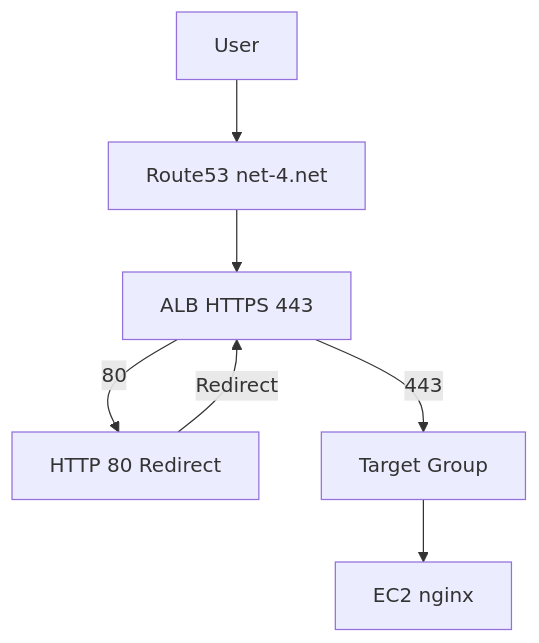
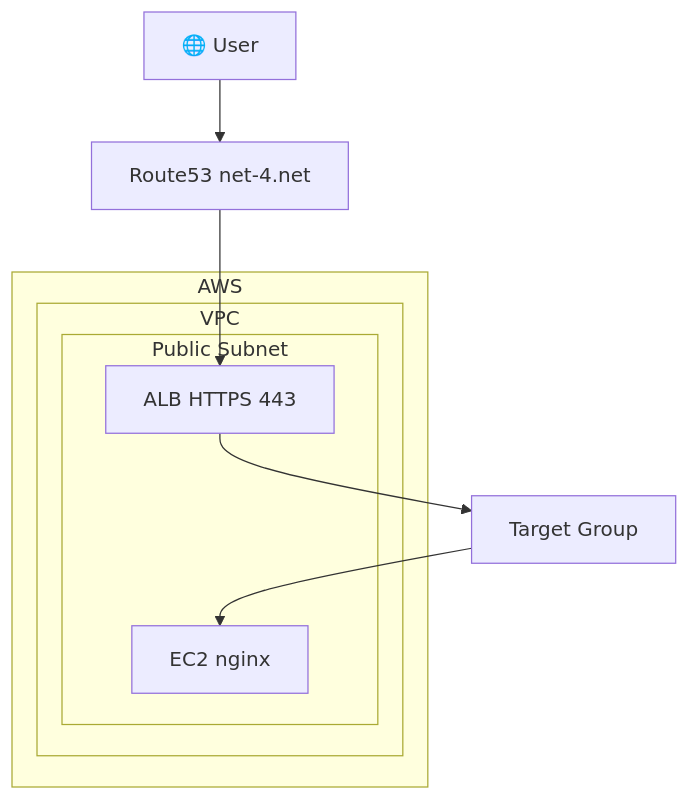
The diagram in README.md (tclinux/terraform-aws-nginx-alb), drawn with Mermaid before and after one commit.

Commit message:
modify the architecture scheme

````diff
--- a/README.md
+++ b/README.md
@@ -65,16 +65,22 @@
 ```mermaid
 flowchart TD
-    User[User]
+    User[🌐 User]
     DNS[Route53 net-4.net]
     ALB[ALB HTTPS 443]
-    HTTP[HTTP 80 Redirect]
     TG[Target Group]
     EC2[EC2 nginx]
 
+    subgraph AWS
+        subgraph VPC
+            subgraph Public Subnet
+                ALB
+                EC2
+            end
+        end
+    end
+
     User --> DNS
     DNS --> ALB
-    ALB -->|443| TG
-    ALB -->|80| HTTP
-    HTTP -->|Redirect| ALB
+    ALB --> TG
     TG --> EC2
 ```
````
